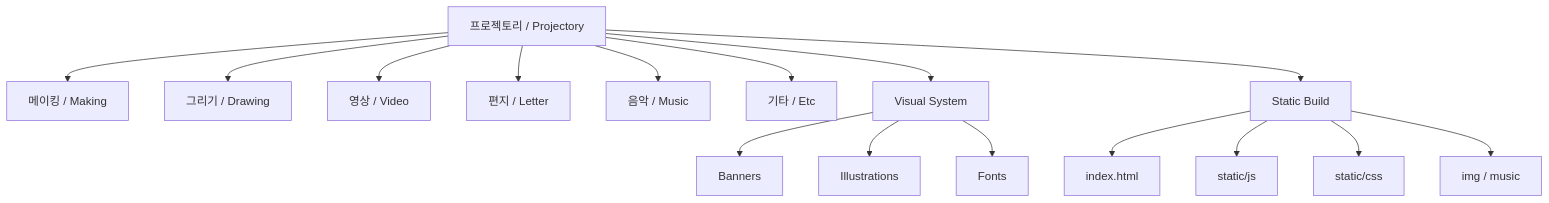
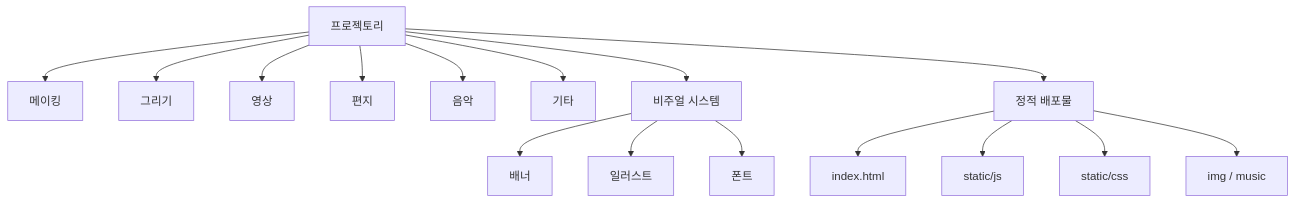
The diagram in README.md (dosigner/ncfound), drawn with Mermaid before and after one commit. The commit also changed other lines of this file and 1 other file, not shown here.

Commit message:
docs: rewrite projectory readme in korean

````diff
--- a/README.md
+++ b/README.md
@@ -78,20 +76,20 @@
 ```mermaid
 graph TD
-    A["프로젝토리 / Projectory"] --> B["메이킹 / Making"]
-    A --> C["그리기 / Drawing"]
-    A --> D["영상 / Video"]
-    A --> E["편지 / Letter"]
-    A --> F["음악 / Music"]
-    A --> G["기타 / Etc"]
-    A --> H["Visual System"]
-    A --> I["Static Build"]
+    A["프로젝토리"] --> B["메이킹"]
+    A --> C["그리기"]
+    A --> D["영상"]
+    A --> E["편지"]
+    A --> F["음악"]
+    A --> G["기타"]
+    A --> H["비주얼 시스템"]
+    A --> I["정적 배포물"]
 
-    H --> H1["Banners"]
-    H --> H2["Illustrations"]
-    H --> H3["Fonts"]
+    H --> H1["배너"]
+    H --> H2["일러스트"]
+    H --> H3["폰트"]
 
     I --> I1["index.html"]
     I --> I2["static/js"]
     I --> I3["static/css"]
     I --> I4["img / music"]
 ```
````
